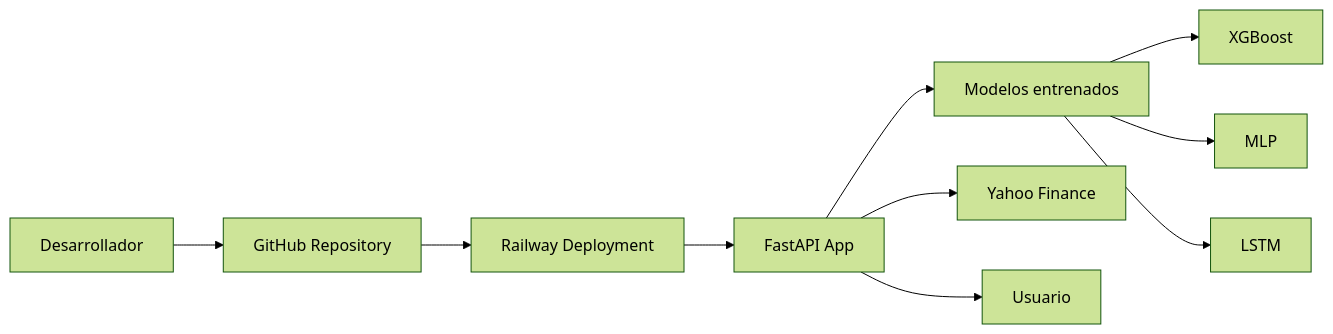
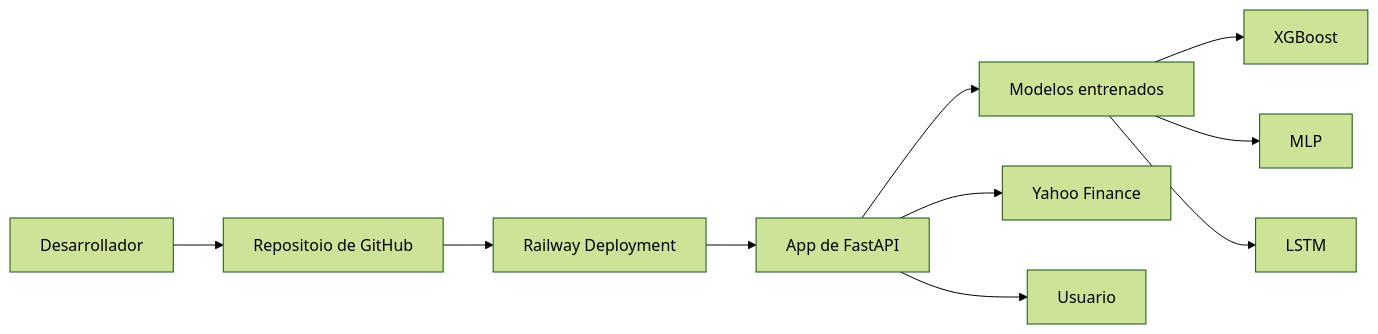
The second of 2 diagrams in docs/deployment/deploymentdoc.md (davidSRA/proyecto_Modulo6_MLDS), drawn with Mermaid (forest theme) before and after one commit. The commit also changed other lines of this file, not shown here.

````diff
--- a/docs/deployment/deploymentdoc.md
+++ b/docs/deployment/deploymentdoc.md
@@ -63,28 +63,28 @@
 ```mermaid
 flowchart LR
 
 A[Desarrollador]
-B[GitHub Repository]
+B[Repositoio de GitHub ]
 C[Railway Deployment]
-D[FastAPI App]
+D[App de FastAPI]
 E[Modelos entrenados]
 
 F[XGBoost]
 G[MLP]
 H[LSTM]
 
 I[Yahoo Finance]
 J[Usuario]
 
 A --> B
 B --> C
 C --> D
 
 D --> E
 E --> F
 E --> G
 E --> H
 
 D --> I
 D --> J
 ```
````
